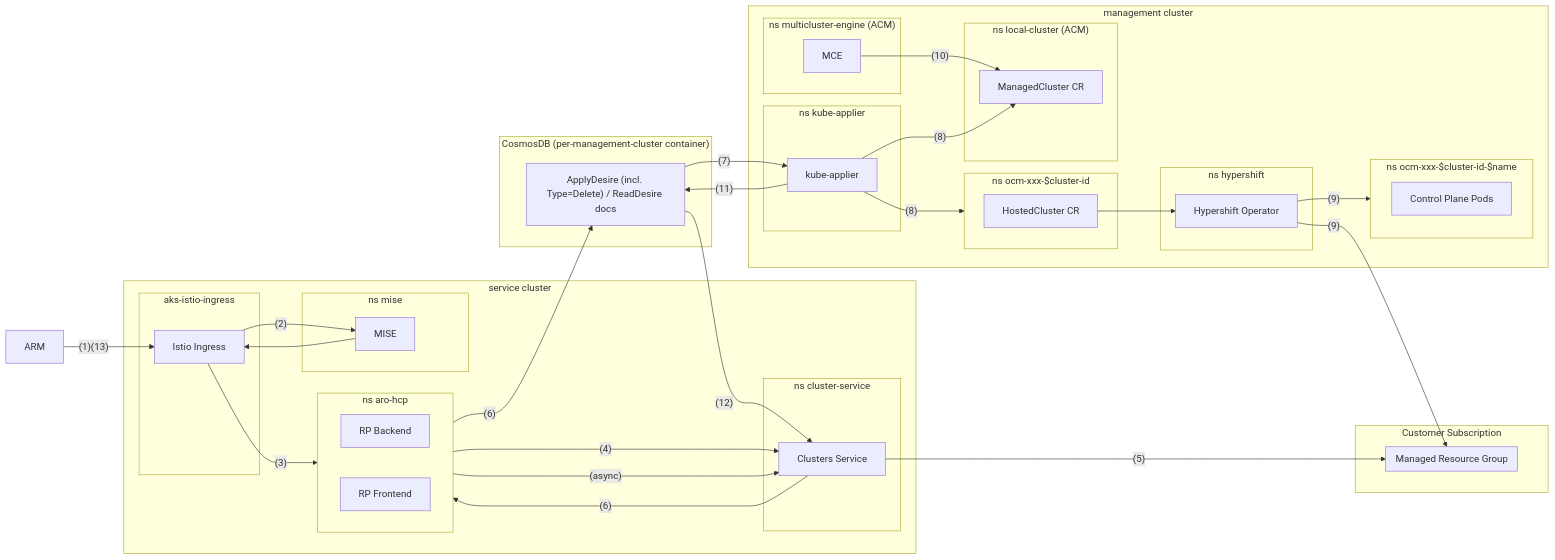
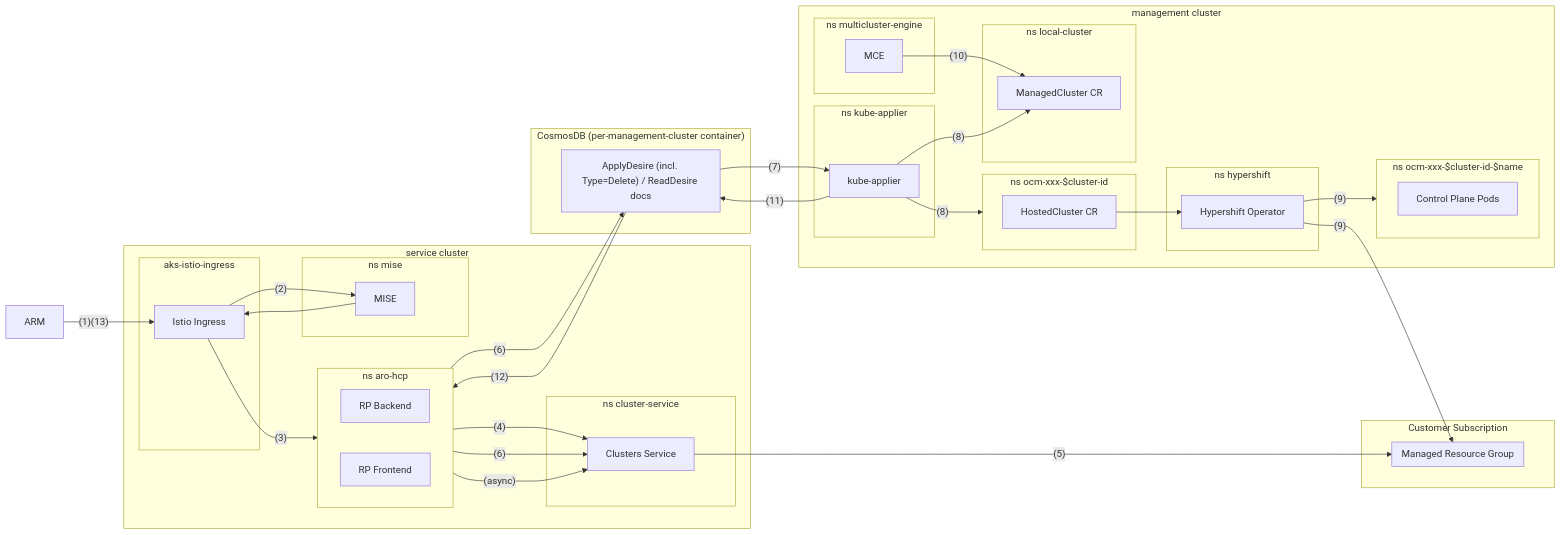
One commit to Azure/ARO-HCP changed the diagram in docs/ops/hcp-cluster-creation-flow.md. Above: the diagram before and after it, drawn with Mermaid. The commit also changed other lines of this file, not shown here.

Commit message:
docs: make cluster creation flow kube-applier only

````diff
--- a/docs/ops/hcp-cluster-creation-flow.md
+++ b/docs/ops/hcp-cluster-creation-flow.md
@@ -40,66 +38,67 @@
 ```mermaid
 ---
 config:
   layout: dagre
 ---
 flowchart LR
 arm["ARM"]
 subgraph customer_subscription["Customer Subscription"]
   subgraph managed_resourcegroup["Managed Resource Group"]
   end
 end
 subgraph svc_cluster["service cluster"]
     subgraph istio_ns["aks-istio-ingress"]
         istio_ingress["Istio Ingress"]
     end
     subgraph mise_ns["ns mise"]
         mise["MISE"]
     end
     subgraph rp_ns["ns aro-hcp"]
         direction LR
         rp_backend["RP Backend"]
         rp_frontend["RP Frontend"]
     end
     subgraph cs_ns["ns cluster-service"]
         cs["Clusters Service"]
     end
  end
  subgraph cosmos["CosmosDB (per-management-cluster container)"]
     desires["ApplyDesire (incl. Type=Delete) / ReadDesire docs"]
  end
  subgraph mgmt_cluster["management cluster"]
     subgraph kube_applier_ns["ns kube-applier"]
         kube_applier["kube-applier"]
     end
-    subgraph acm_mce_ns["ns multicluster-engine (ACM)"]
+    subgraph mce_engine_ns["ns multicluster-engine"]
         mce["MCE"]
     end
     subgraph hypershift_ns["ns hypershift"]
         hypershift["Hypershift Operator"]
     end
     subgraph hypershift_hcp_ns["ns ocm-xxx-$cluster-id"]
         hostedcluster_cr["HostedCluster CR"]
     end
     subgraph hypershift_cp_ns["ns ocm-xxx-$cluster-id-$name"]
         cp_pods["Control Plane Pods"]
     end
-    subgraph local_cluster_ns["ns local-cluster (ACM)"]
+    subgraph local_cluster_ns["ns local-cluster"]
         managed_cluster_cr["ManagedCluster CR"]
     end
  end
  arm -- (1)(13) --> istio_ingress -- (2) --> mise
  mise --> istio_ingress -- (3) --> rp_frontend -- (4) --> cs
  cs -- (5) --> managed_resourcegroup
- cs -- (6) --> rp_backend -- (6) --> desires
+ rp_backend -- (6) --> cs
+ rp_backend -- (6) --> desires
  rp_backend -- (async) --> cs
  desires -- (7) --> kube_applier
 
  mce -- (10) --> managed_cluster_cr
  kube_applier -- (8) --> hypershift_hcp_ns
  kube_applier -- (8) --> managed_cluster_cr
  hostedcluster_cr --> hypershift
  hypershift -- (9) --> managed_resourcegroup
  hypershift -- (9) --> hypershift_cp_ns
  kube_applier -- (11) --> desires
- desires -- (12) --> cs
+ desires -- (12) --> rp_backend
 ```
````
